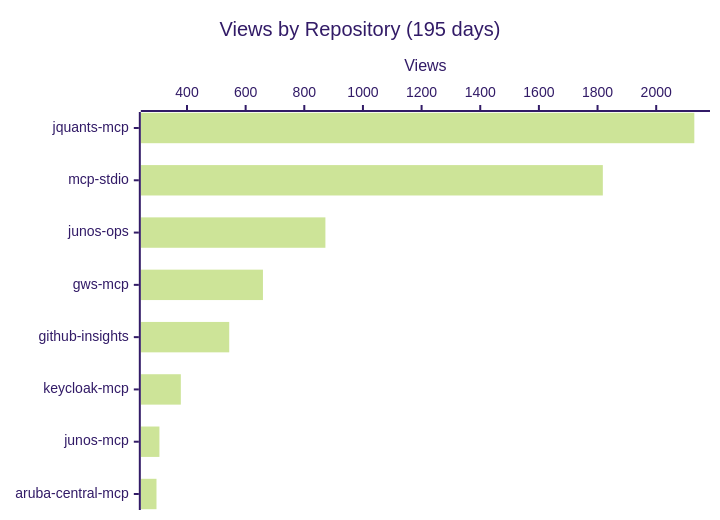
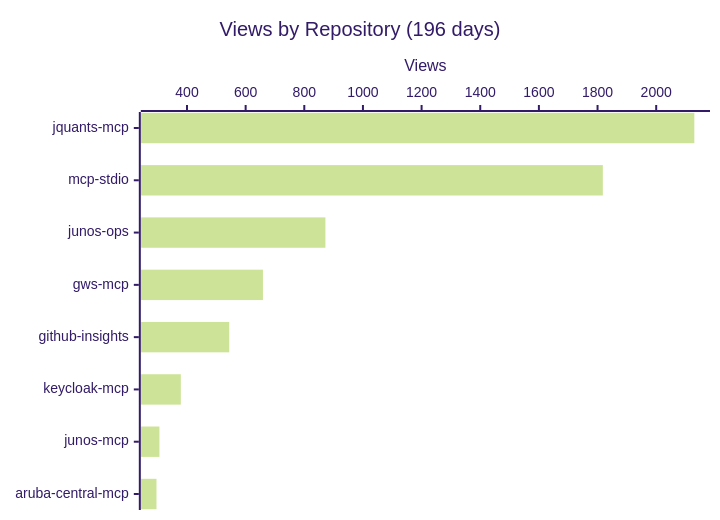
One commit to shigechika/github-insights changed the first of 4 diagrams in README.md. Above: the diagram before and after it, drawn with Mermaid (forest theme). The commit also changed other lines of this file and 2 other files, not shown here.

````diff
--- a/README.md
+++ b/README.md
@@ -18,7 +18,7 @@
 ```mermaid
 xychart-beta horizontal
-    title "Views by Repository (195 days)"
+    title "Views by Repository (196 days)"
     x-axis ["jquants-mcp", "mcp-stdio", "junos-ops", "gws-mcp", "github-insights", "keycloak-mcp", "junos-mcp", "aruba-central-mcp"]
     y-axis "Views"
     bar [2130, 1818, 872, 659, 544, 379, 306, 296]
 ```
````
